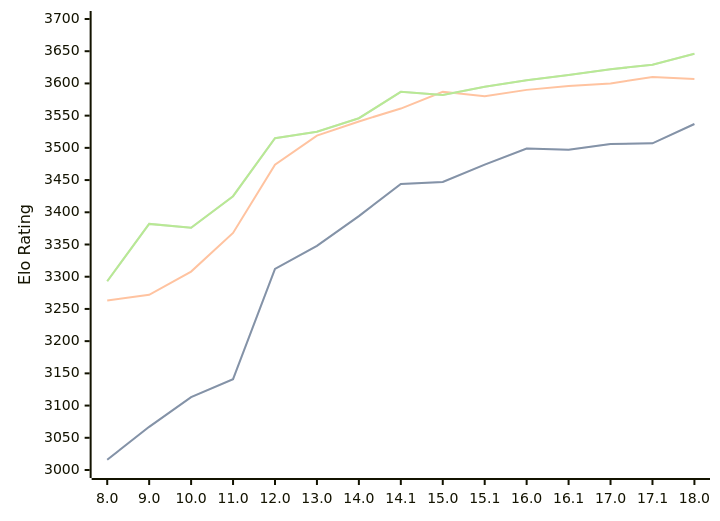
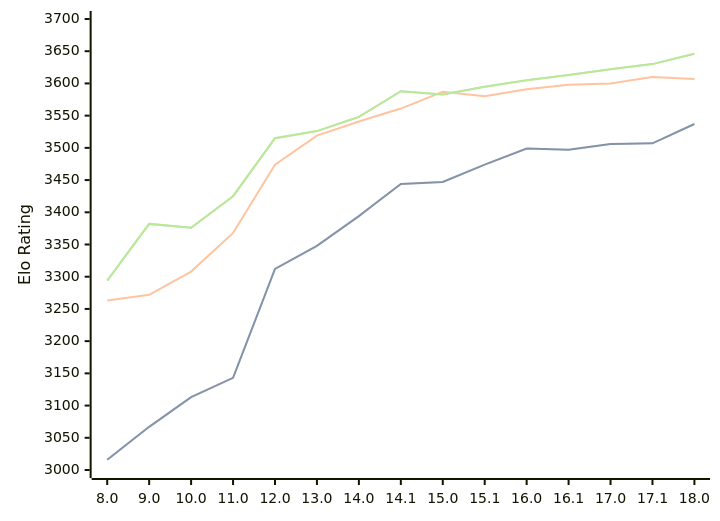
Before and after one commit to computer-chess-index/cci: the diagram in engines/Stockfish.md, drawn with Mermaid. The commit also changed other lines of this file, not shown here.

Commit message:
Update CCI Ratings (ELO VLTC) - 2026-04-10

````diff
--- a/engines/Stockfish.md
+++ b/engines/Stockfish.md
@@ -46,11 +46,11 @@
 ```mermaid
 %%{init: {"theme":"base","themeVariables":{"seriesColors:['#a3a3a3','#222221','#faa371']}}}%%
 xychart-beta
   x-axis ["8.0", "9.0", "10.0", "11.0", "12.0", "13.0", "14.0", "14.1", "15.0", "15.1", "16.0", "16.1", "17.0", "17.1", "18.0"]
   y-axis "Elo Rating" 3000 --> 3700
-  line "STC (8.0+0.08s)" [3016, 3067, 3113, 3141, 3312, 3348, 3394, 3444, 3447, 3474, 3499, 3497, 3506, 3507, 3537]
-  line "STC (8.0+0.08s)" [3016, 3067, 3113, 3141, 3312, 3348, 3394, 3444, 3447, 3474, 3499, 3497, 3506, 3507, 3537]
-  line "LTC (60.0+0.60s)" [3263, 3272, 3308, 3368, 3474, 3519, 3541, 3561, 3587, 3580, 3590, 3596, 3600, 3610, 3607]
-  line "VLTC (2m24s+1.12s)" [3293, 3382, 3376, 3425, 3515, 3525, 3546, 3587, 3582, 3595, 3605, 3613, 3622, 3629, 3646]
-  line "VLTC (2m24s+1.12s)" [3293, 3382, 3376, 3425, 3515, 3525, 3546, 3587, 3582, 3595, 3605, 3613, 3622, 3629, 3646]
+  line "STC (8.0+0.08s)" [3016, 3067, 3113, 3143, 3312, 3348, 3394, 3444, 3447, 3474, 3499, 3497, 3506, 3507, 3537]
+  line "STC (8.0+0.08s)" [3016, 3067, 3113, 3143, 3312, 3348, 3394, 3444, 3447, 3474, 3499, 3497, 3506, 3507, 3537]
+  line "LTC (60.0+0.60s)" [3263, 3272, 3308, 3368, 3474, 3519, 3541, 3561, 3587, 3580, 3591, 3598, 3600, 3610, 3607]
+  line "VLTC (2m24s+1.12s)" [3294, 3382, 3376, 3425, 3515, 3526, 3548, 3588, 3583, 3595, 3605, 3613, 3622, 3630, 3646]
+  line "VLTC (2m24s+1.12s)" [3294, 3382, 3376, 3425, 3515, 3526, 3548, 3588, 3583, 3595, 3605, 3613, 3622, 3630, 3646]
 ```
````
